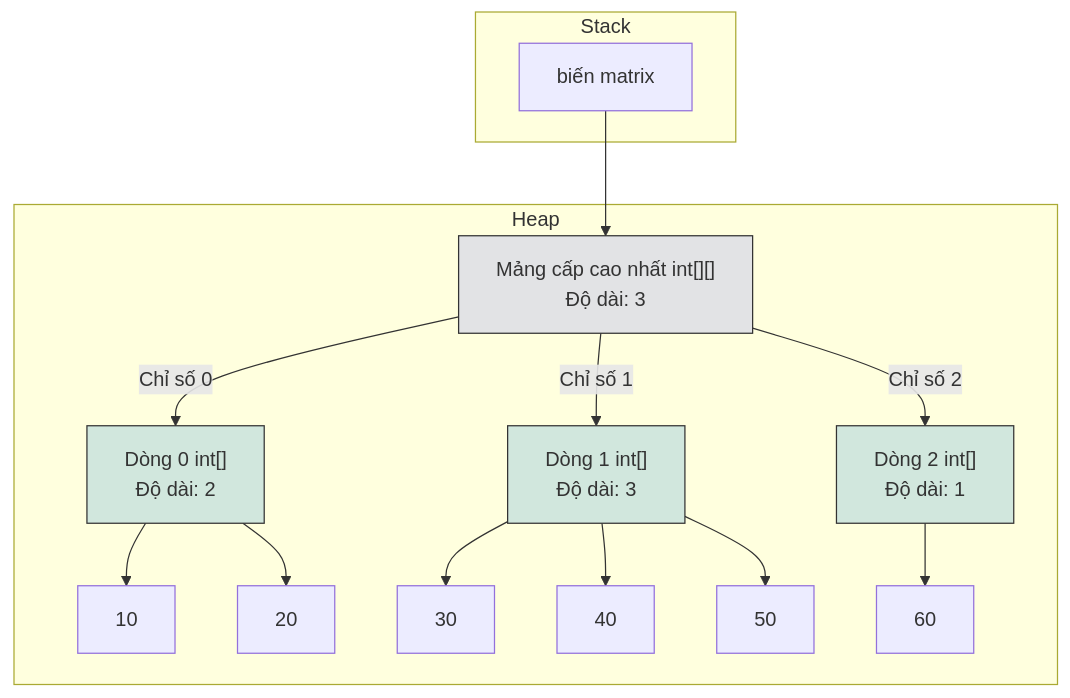
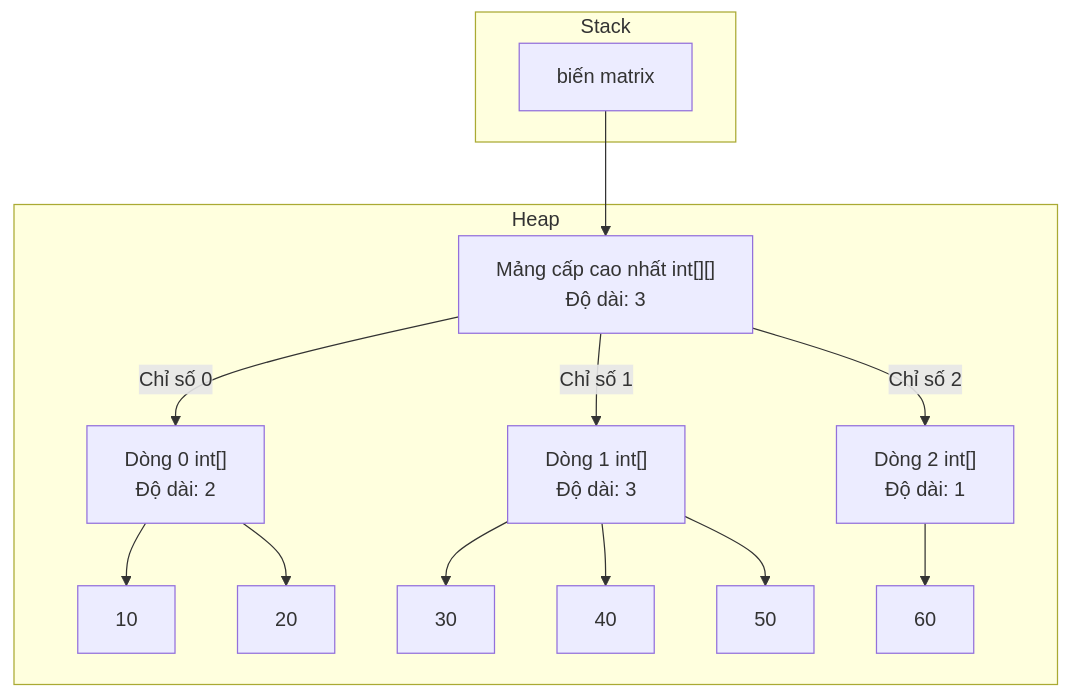
Before and after one commit to PhuThien2005/theoretical-of-java-core: the second of 3 diagrams in vi/07-arrays/theory/01-array-basics.md, drawn with Mermaid. The commit also changed other lines of this file and 229 other files, not shown here.

````diff
--- a/vi/07-arrays/theory/01-array-basics.md
+++ b/vi/07-arrays/theory/01-array-basics.md
@@ -250,22 +250,18 @@
 ```mermaid
 flowchart TD
     subgraph Stack
         matrix[biến matrix]
     end
     subgraph Heap
         matrix --> TopArray["Mảng cấp cao nhất int[][]<br>Độ dài: 3"]
         TopArray -->|Chỉ số 0| Row0["Dòng 0 int[]<br>Độ dài: 2"]
         TopArray -->|Chỉ số 1| Row1["Dòng 1 int[]<br>Độ dài: 3"]
         TopArray -->|Chỉ số 2| Row2["Dòng 2 int[]<br>Độ dài: 1"]
         Row0 --> R0_0[10]
         Row0 --> R0_1[20]
         Row1 --> R1_0[30]
         Row1 --> R1_1[40]
         Row1 --> R1_2[50]
         Row2 --> R2_0[60]
     end
-    style TopArray fill:#e2e3e5,stroke:#333
-    style Row0 fill:#d1e7dd,stroke:#333
-    style Row1 fill:#d1e7dd,stroke:#333
-    style Row2 fill:#d1e7dd,stroke:#333
 ```
````
